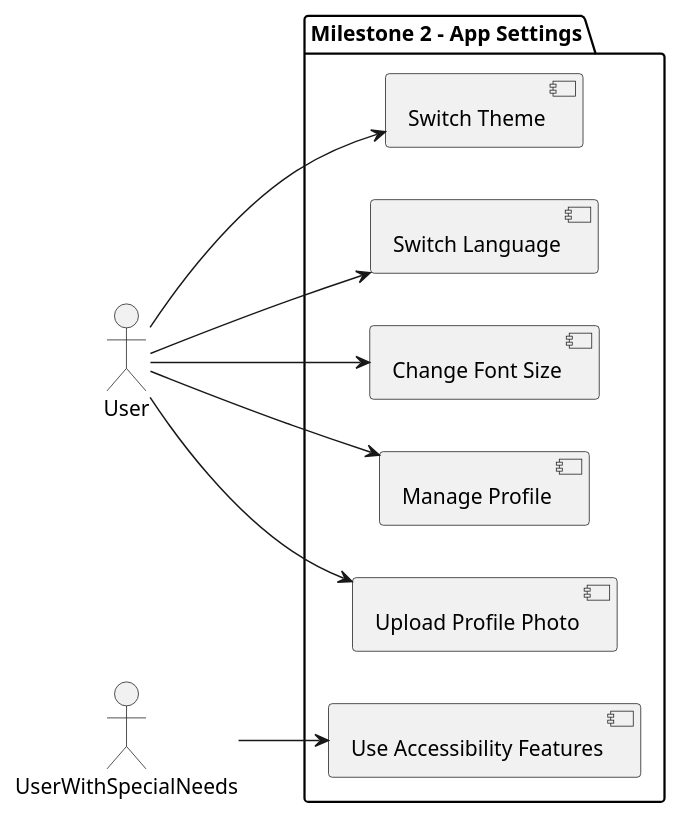
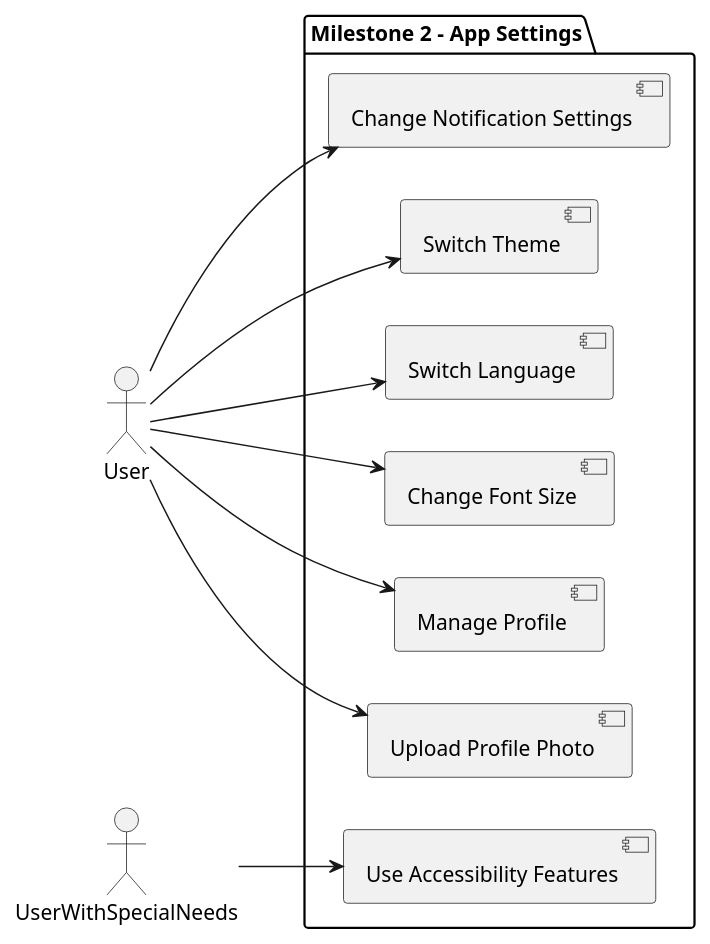
Before and after one commit to Windesheim-AI/UML-diagrams: the diagram in fdd/use-case-diagram/milestone_2.puml, drawn with PlantUML. The commit also changed 1 other file, not shown here.

```diff
--- a/fdd/use-case-diagram/milestone_2.puml
+++ b/fdd/use-case-diagram/milestone_2.puml
@@ -1,23 +1,25 @@
 @startuml
 left to right direction
 
 actor User as U
 actor UserWithSpecialNeeds as USN
 
 package "Milestone 2 - App Settings" {
     [Switch Theme] as ST
     [Switch Language] as SL
     [Change Font Size] as CFS
     [Manage Profile] as MP
     [Upload Profile Photo] as UPP
     [Use Accessibility Features] as UAF
+    [Change Notification Settings] as CNS
 }
 
 U --> ST
 U --> SL
 U --> CFS
 U --> MP
 U --> UPP
 USN --> UAF
+U --> CNS
 
 @enduml
```
